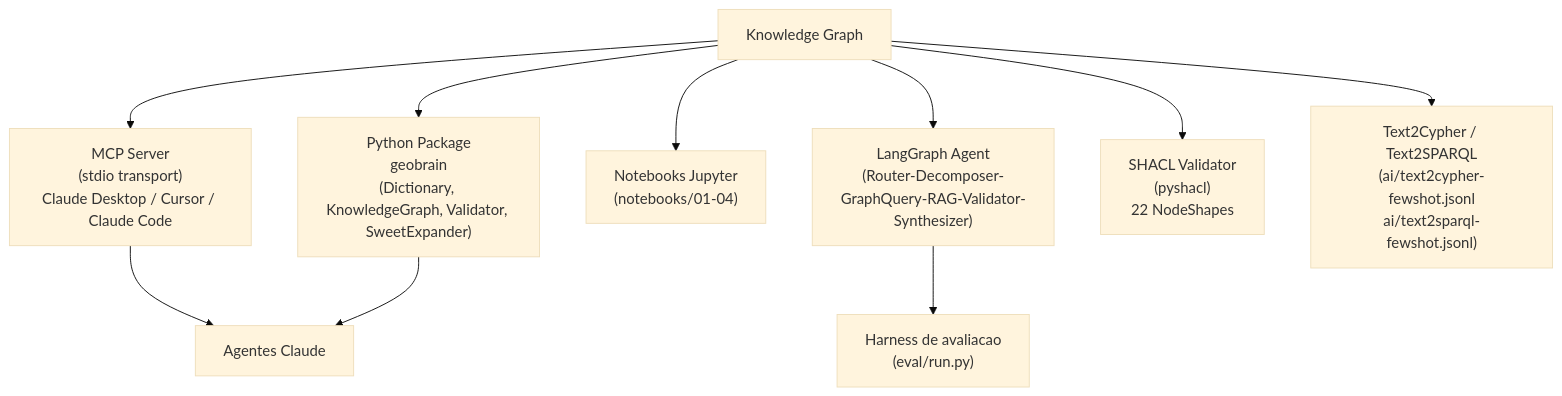
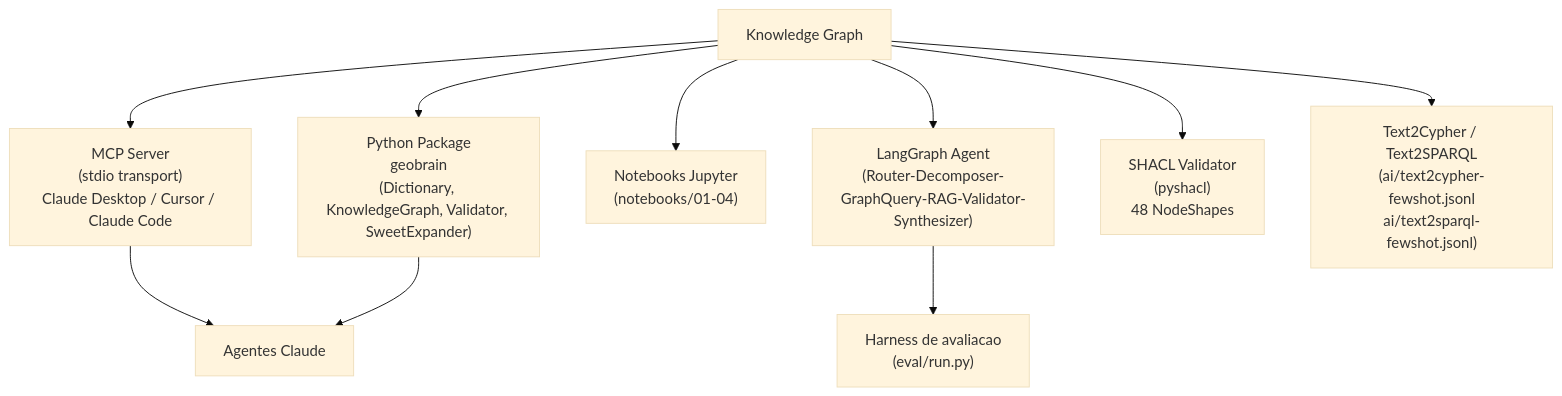
The third of 4 diagrams in docs/ARCHITECTURE.md (thiagoflc/geolytics-dictionary), drawn with Mermaid (base theme) before and after one commit. The commit also changed other lines of this file and 98 other files, not shown here.

````diff
--- a/docs/ARCHITECTURE.md
+++ b/docs/ARCHITECTURE.md
@@ -89,15 +90,15 @@
 ```mermaid
 graph TD
     KG["Knowledge Graph"]
 
     KG --> MCP["MCP Server<br/>(stdio transport)<br/>Claude Desktop / Cursor / Claude Code"]
     KG --> LG["LangGraph Agent<br/>(Router-Decomposer-GraphQuery-RAG-Validator-Synthesizer)"]
     KG --> NB["Notebooks Jupyter<br/>(notebooks/01-04)"]
     KG --> PY["Python Package<br/>geobrain<br/>(Dictionary, KnowledgeGraph, Validator, SweetExpander)"]
-    KG --> SHACL["SHACL Validator<br/>(pyshacl)<br/>22 NodeShapes"]
+    KG --> SHACL["SHACL Validator<br/>(pyshacl)<br/>48 NodeShapes"]
     KG --> T2C["Text2Cypher / Text2SPARQL<br/>(ai/text2cypher-fewshot.jsonl<br/>ai/text2sparql-fewshot.jsonl)"]
 
     MCP --> CLAUDE["Agentes Claude"]
     LG --> EVAL["Harness de avaliacao<br/>(eval/run.py)"]
     PY --> CLAUDE
 ```
````
